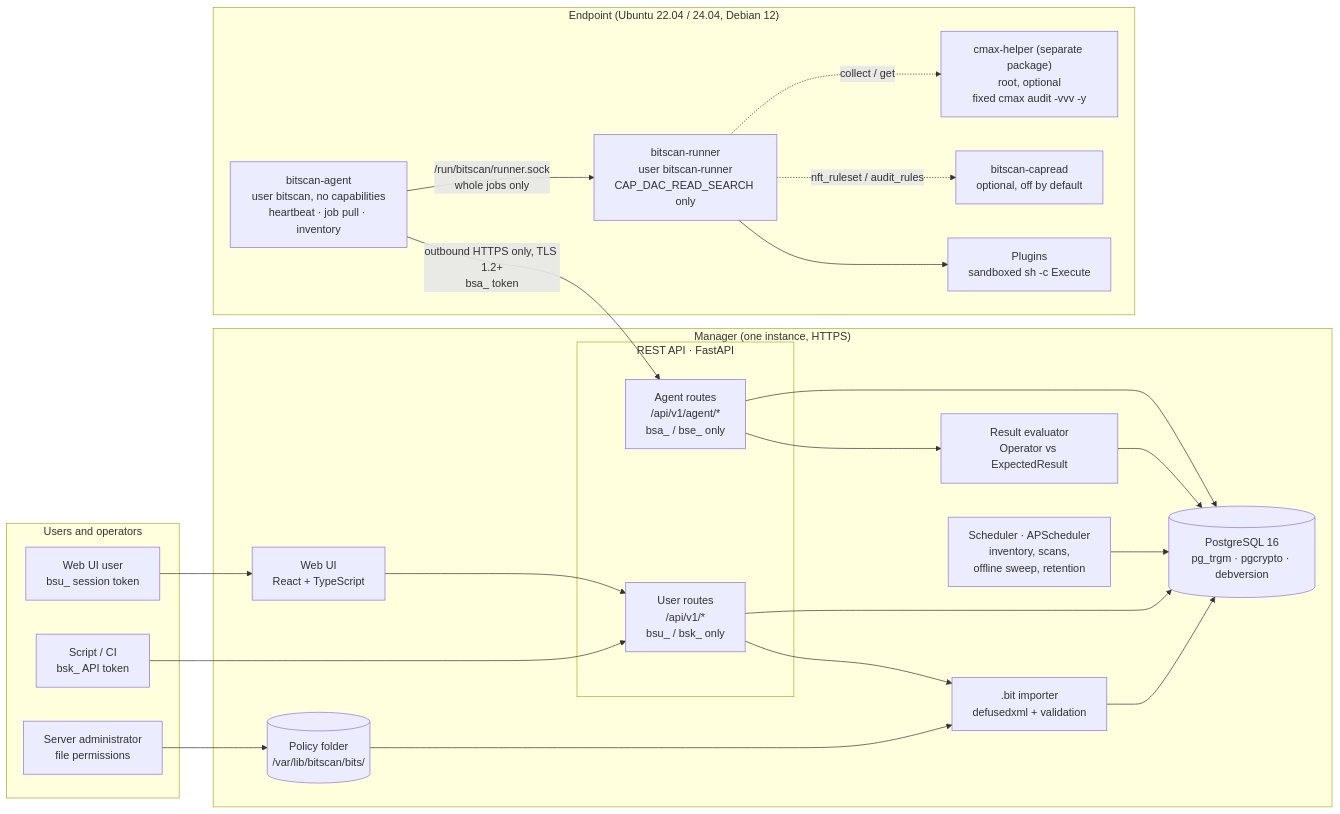
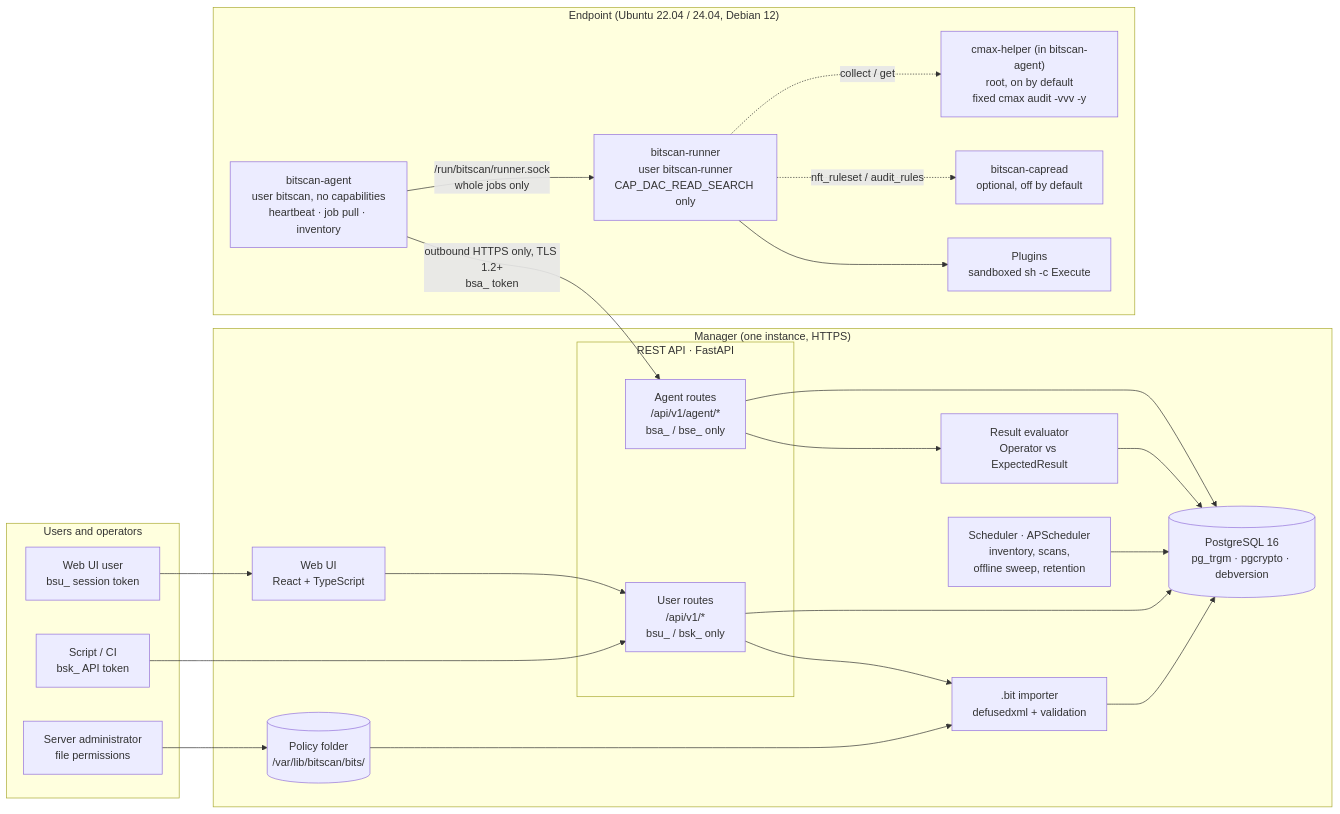
One commit to lusterless/Bitscan changed the diagram in docs/spec/Technical_Specification.md. Above: the diagram before and after it, drawn with Mermaid. The commit also changed other lines of this file and 3 other files, not shown here.

First line of the commit message:
docs(spec): the ClusterMAX collector is part of bitscan-agent and on by default

````diff
--- a/docs/spec/Technical_Specification.md
+++ b/docs/spec/Technical_Specification.md
@@ -49,45 +49,45 @@
 ```mermaid
 flowchart LR
   subgraph People["Users and operators"]
     U["Web UI user<br/>bsu_ session token"]
     CI["Script / CI<br/>bsk_ API token"]
     SA["Server administrator<br/>file permissions"]
   end
 
   subgraph M["Manager (one instance, HTTPS)"]
     UI["Web UI<br/>React + TypeScript"]
     subgraph API["REST API · FastAPI"]
       UR["User routes<br/>/api/v1/*<br/>bsu_ / bsk_ only"]
       AR["Agent routes<br/>/api/v1/agent/*<br/>bsa_ / bse_ only"]
     end
     IMP[".bit importer<br/>defusedxml + validation"]
     EV["Result evaluator<br/>Operator vs ExpectedResult"]
     SCH["Scheduler · APScheduler<br/>inventory, scans,<br/>offline sweep, retention"]
     DIR[("Policy folder<br/>/var/lib/bitscan/bits/")]
     DB[("PostgreSQL 16<br/>pg_trgm · pgcrypto · debversion")]
   end
 
   subgraph E["Endpoint (Ubuntu 22.04 / 24.04, Debian 12)"]
     AG["bitscan-agent<br/>user bitscan, no capabilities<br/>heartbeat · job pull · inventory"]
     RN["bitscan-runner<br/>user bitscan-runner<br/>CAP_DAC_READ_SEARCH only"]
     PL["Plugins<br/>sandboxed sh -c Execute"]
     CR["bitscan-capread<br/>optional, off by default"]
-    CMX["cmax-helper (separate package)<br/>root, optional<br/>fixed cmax audit -vvv -y"]
+    CMX["cmax-helper (in bitscan-agent)<br/>root, on by default<br/>fixed cmax audit -vvv -y"]
   end
 
   U --> UI --> UR
   CI --> UR
   SA --> DIR
   UR --> IMP
   DIR --> IMP
   IMP --> DB
   UR --> DB
   SCH --> DB
   AR --> EV --> DB
   AR --> DB
   AG -- "outbound HTTPS only, TLS 1.2+<br/>bsa_ token" --> AR
   AG -- "/run/bitscan/runner.sock<br/>whole jobs only" --> RN
   RN --> PL
   RN -. "nft_ruleset / audit_rules" .-> CR
   RN -. "collect / get" .-> CMX
 ```
````
